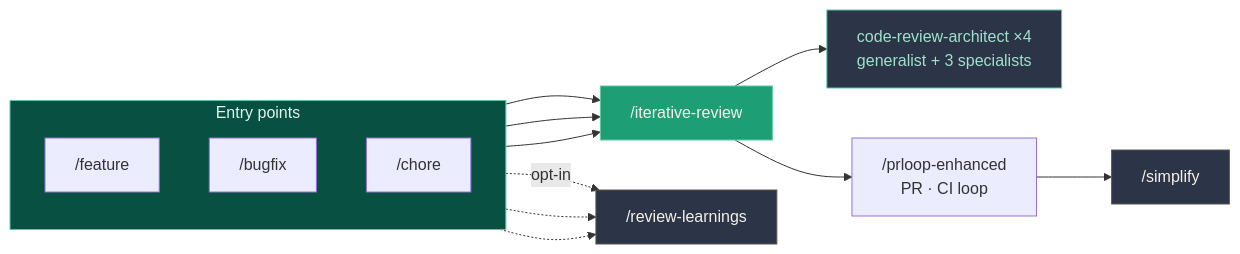
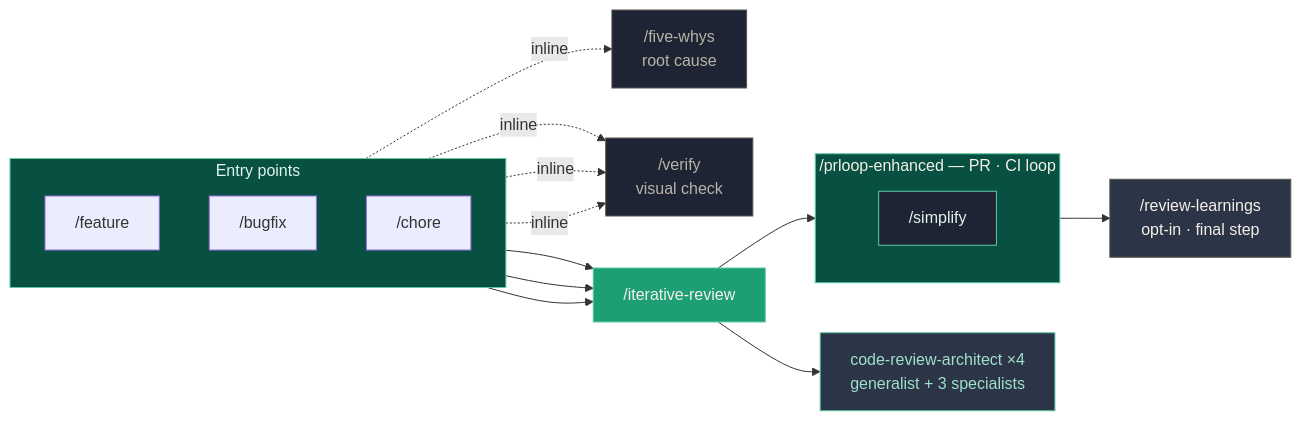
One commit to craigsturgis/aise-sdlc-presentation changed the second of 4 diagrams in slides.md. Above: the diagram before and after it, drawn with Mermaid. The commit also changed other lines of this file, not shown here.

Commit message:
Skills diagram: nest /simplify inside /prloop-enhanced subgraph; add dotted inline edges for /verify and /five-whys
Two readability fixes:
- /simplify is now visibly INSIDE a /prloop-enhanced subgraph, so
  "called as part of" reads at a glance rather than looking like a
  sibling step.
- /review-learnings is labeled "opt-in · final step" and reached
  from the prloop subgraph, making the sequence clear.
- Added dotted "inline" edges to /verify (from all three) and
  /five-whys (from /bugfix). These skills aren't literally invoked
  as sub-skills — the orchestrators do those jobs inline — but the
  dotted-edge convention shows the conceptual composition without
  misrepresenting the source.

Added a small legend under the diagram explaining solid vs dotted.

````diff
--- a/slides.md
+++ b/slides.md
@@ -303,26 +303,35 @@
-```mermaid {scale: 0.55}
+```mermaid {scale: 0.5}
 flowchart LR
   subgraph entry["Entry points"]
     direction TB
     feature["/feature"]
     bugfix["/bugfix"]
     chore["/chore"]
   end
 
+  bugfix -.->|inline| fivewhys["/five-whys<br/>root cause"]
+  feature -.->|inline| verify["/verify<br/>visual check"]
+  bugfix -.->|inline| verify
+  chore -.->|inline| verify
+
   feature --> iterreview
   bugfix --> iterreview["/iterative-review"]
   chore --> iterreview
   iterreview --> cra["code-review-architect ×4<br/>generalist + 3 specialists"]
-  iterreview --> prloop["/prloop-enhanced<br/>PR · CI loop"]
-  prloop --> simplify["/simplify"]
+  iterreview --> prloop
 
-  feature -.->|opt-in| learnings["/review-learnings"]
-  bugfix -.-> learnings
-  chore -.-> learnings
+  subgraph prloop["/prloop-enhanced — PR · CI loop"]
+    simplify["/simplify"]
+  end
+
+  prloop --> learnings["/review-learnings<br/>opt-in · final step"]
 
   style entry fill:#085041,color:#E1F5EE,stroke:#5DCAA5
   style iterreview fill:#1D9E75,color:#F5F1E8,stroke:#5DCAA5
   style cra fill:#2C3447,color:#9FE1CB,stroke:#5DCAA5
-  style simplify fill:#2C3447,color:#F5F1E8,stroke:#5A5750
+  style prloop fill:#085041,color:#F5F1E8,stroke:#5DCAA5
+  style simplify fill:#1E2433,color:#E1F5EE,stroke:#5DCAA5
   style learnings fill:#2C3447,color:#F5F1E8,stroke:#5A5750
+  style verify fill:#1E2433,color:#B8B4A8,stroke:#5A5750
+  style fivewhys fill:#1E2433,color:#B8B4A8,stroke:#5A5750
 ```
````
